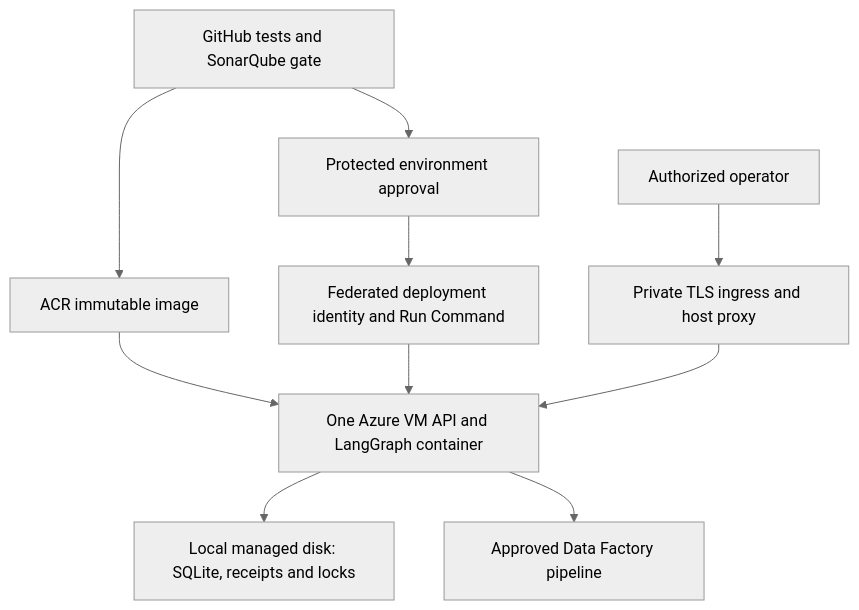
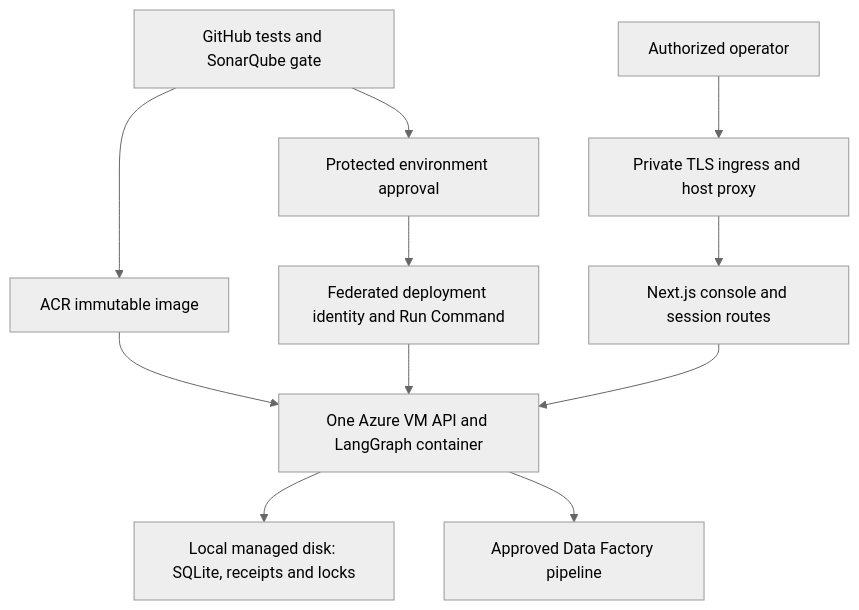
One commit to mahi80/DataMigration changed the first of 2 diagrams in docs/architecture/azure.md. Above: the diagram before and after it, drawn with Mermaid (neutral theme). The commit also changed other lines of this file and 51 other files, not shown here.

Commit message:
Add governed Next.js migration console and integrated quality checks

````diff
--- a/docs/architecture/azure.md
+++ b/docs/architecture/azure.md
@@ -27,12 +31,13 @@
 ```mermaid
 flowchart TD
     GitHub["GitHub tests and SonarQube gate"] --> ACR["ACR immutable image"]
     GitHub --> Approval["Protected environment approval"]
     Approval --> Command["Federated deployment identity and Run Command"]
     ACR --> VM["One Azure VM API and LangGraph container"]
     Command --> VM
     User["Authorized operator"] --> Proxy["Private TLS ingress and host proxy"]
-    Proxy --> VM
+    Proxy --> Console["Next.js console and session routes"]
+    Console --> VM
     VM --> Disk["Local managed disk: SQLite, receipts and locks"]
     VM --> ADF["Approved Data Factory pipeline"]
 ```
````
